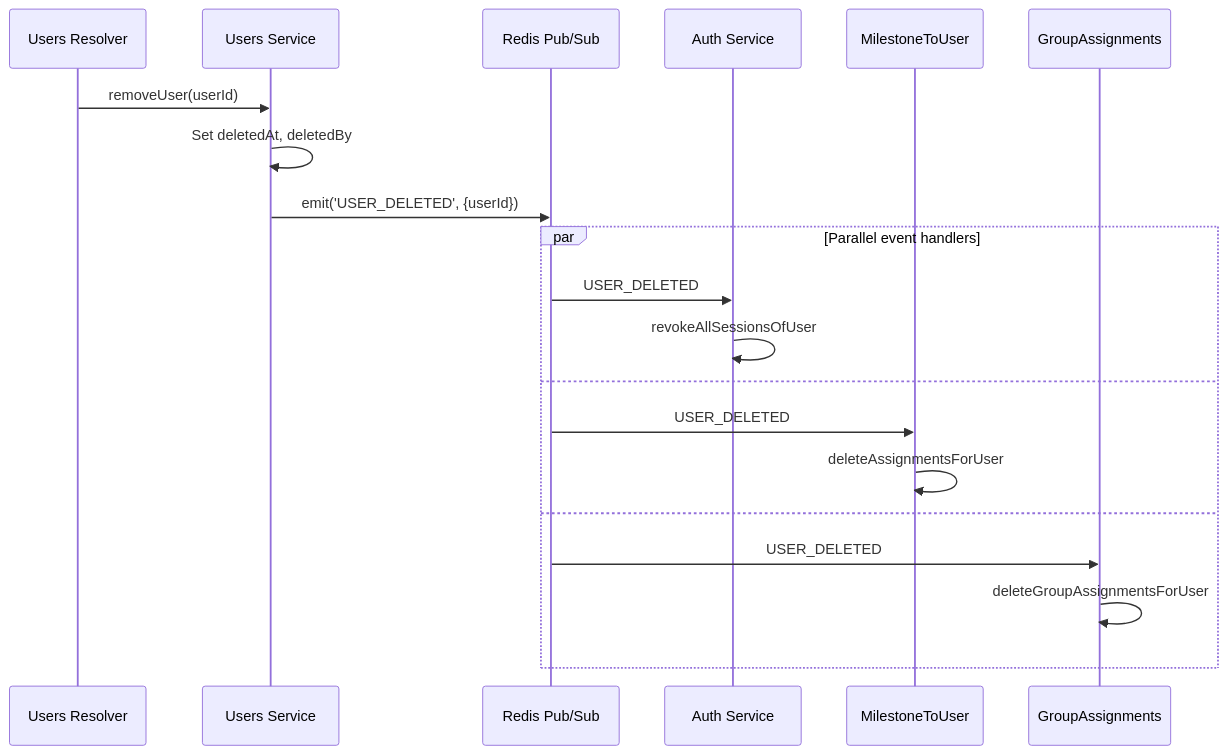
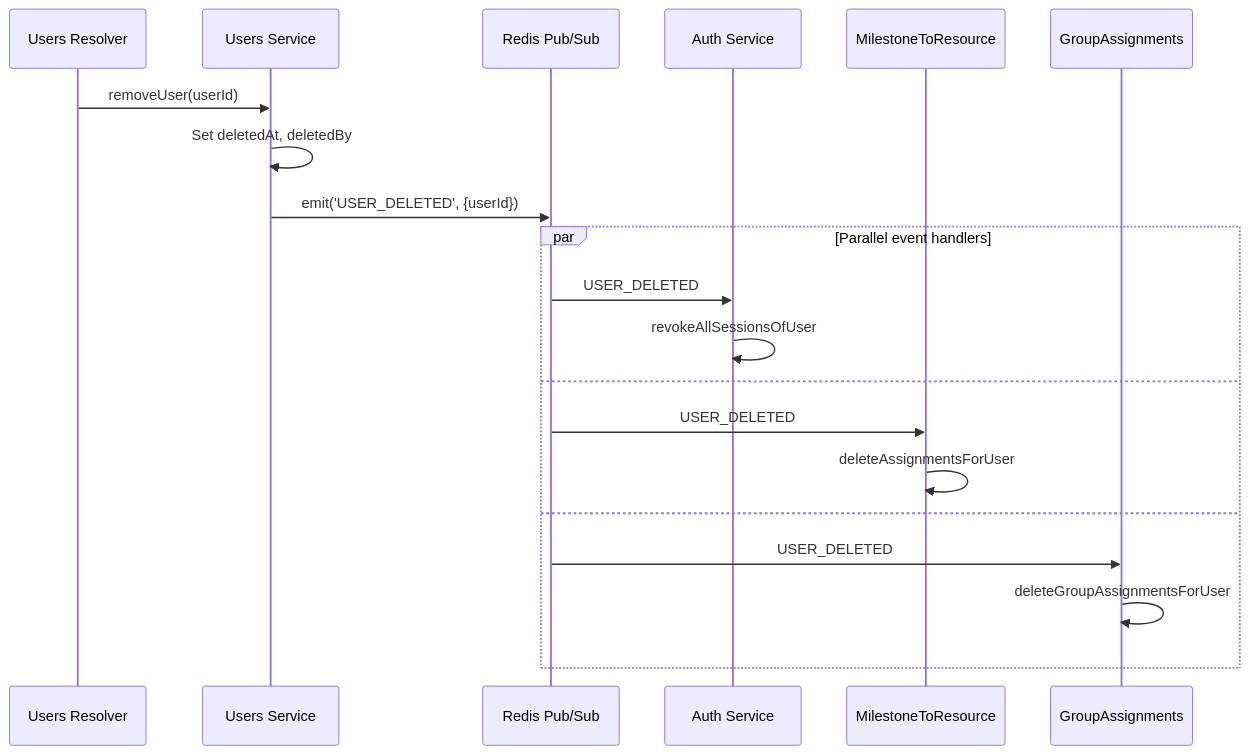
Before and after one commit to CucuProject/cucu-docs: the third of 5 diagrams in docs/architecture/overview.md, drawn with Mermaid. The commit also changed other lines of this file and 31 other files, not shown here.

````diff
--- a/docs/architecture/overview.md
+++ b/docs/architecture/overview.md
@@ -127,24 +127,24 @@
 ```mermaid
 sequenceDiagram
     participant Resolver as Users Resolver
     participant US as Users Service
     participant Redis as Redis Pub/Sub
     participant Auth as Auth Service
-    participant M2U as MilestoneToUser
+    participant MTR as MilestoneToResource
     participant GA as GroupAssignments
 
     Resolver->>US: removeUser(userId)
     US->>US: Set deletedAt, deletedBy
     US->>Redis: emit('USER_DELETED', {userId})
     
     par Parallel event handlers
         Redis->>Auth: USER_DELETED
         Auth->>Auth: revokeAllSessionsOfUser
     and
-        Redis->>M2U: USER_DELETED
-        M2U->>M2U: deleteAssignmentsForUser
+        Redis->>MTR: USER_DELETED
+        MTR->>MTR: deleteAssignmentsForUser
     and
         Redis->>GA: USER_DELETED
         GA->>GA: deleteGroupAssignmentsForUser
     end
 ```
````
